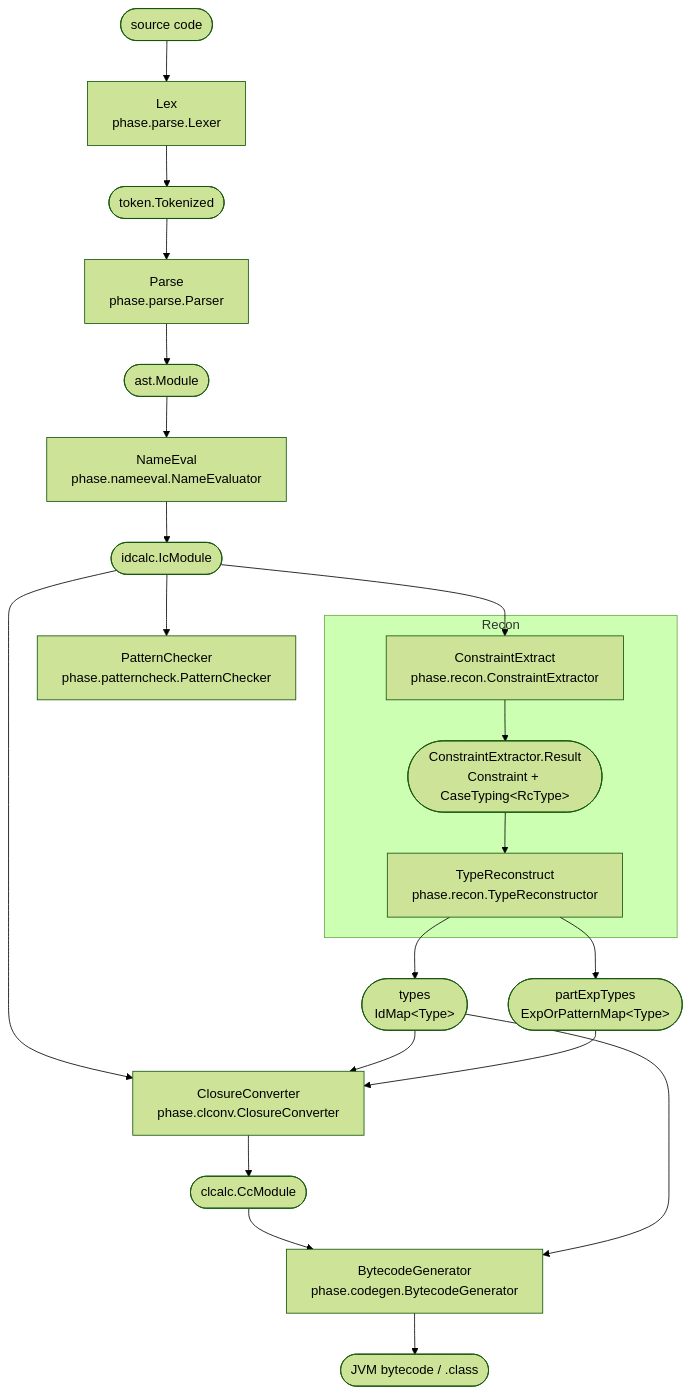
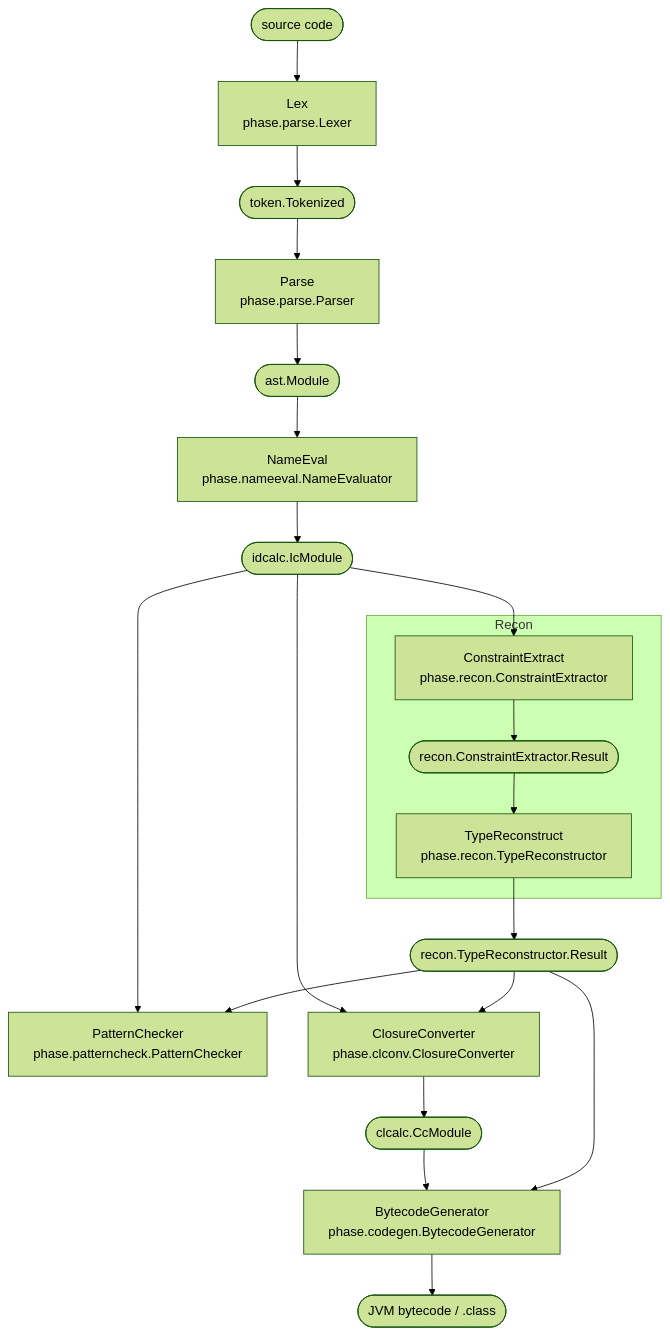
Before and after one commit to YuyaAizawa/zlk: the diagram in ARCHITECTURE.md, drawn with Mermaid (forest theme). The commit also changed other lines of this file and 14 other files, not shown here.

````diff
--- a/ARCHITECTURE.md
+++ b/ARCHITECTURE.md
@@ -7,28 +7,27 @@
 ```mermaid
 flowchart TD
     Source(["source code"]) --> Lexer["Lex<br/>phase.parse.Lexer"]
     Lexer --> Tokens(["token.Tokenized"])
     Tokens --> Parser["Parse<br/>phase.parse.Parser"]
     Parser --> AST(["ast.Module"])
     AST --> NameEvaluator["NameEval<br/>phase.nameeval.NameEvaluator"]
     NameEvaluator --> IC(["idcalc.IcModule"])
 
     IC --> Extractor["ConstraintExtract<br/>phase.recon.ConstraintExtractor"]
     subgraph Recon
-        Extractor --> Extracted(["ConstraintExtractor.Result<br/>Constraint + CaseTyping&lt;RcType&gt;"])
+        Extractor --> Extracted(["recon.ConstraintExtractor.Result"])
         Extracted --> Reconstructor["TypeReconstruct<br/>phase.recon.TypeReconstructor"]
     end
-    Reconstructor --> Types(["types<br/>IdMap&lt;Type&gt;"])
-    Reconstructor --> PartExpTypes(["partExpTypes<br/>ExpOrPatternMap&lt;Type&gt;"])
+    Reconstructor --> Types(["recon.TypeReconstructor.Result"])
 
     IC --> PatternChecker["PatternChecker<br/>phase.patterncheck.PatternChecker"]
+    Types --> PatternChecker
 
     IC --> ClosureConverter["ClosureConverter<br/>phase.clconv.ClosureConverter"]
     Types --> ClosureConverter
-    PartExpTypes --> ClosureConverter
     ClosureConverter --> CC(["clcalc.CcModule"])
 
     CC --> BytecodeGenerator["BytecodeGenerator<br/>phase.codegen.BytecodeGenerator"]
     Types --> BytecodeGenerator
     BytecodeGenerator --> Class(["JVM bytecode / .class"])
 ```
````
